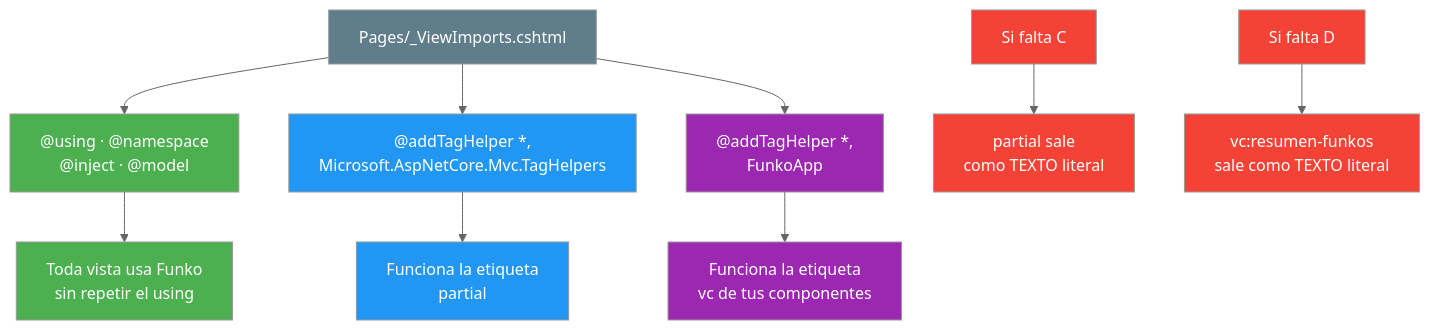
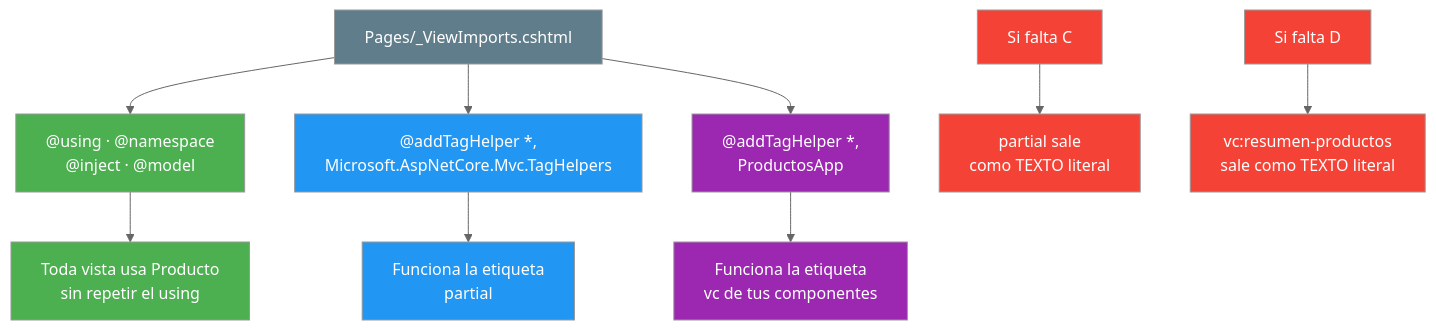
Before and after one commit to joseluisgs/DesarrolloWebEntornosServidor-03-2026-2027: the fifth of 5 diagrams in 05-layouts-partials-componentes.md, drawn with Mermaid (neutral theme). The commit also changed other lines of this file, not shown here.

Commit message:
fix: revisar 05 segun el esquema de UD02: Resumen sin diagrama, estilo de redaccion y Productos fuera del Reto

````diff
--- a/05-layouts-partials-componentes.md
+++ b/05-layouts-partials-componentes.md
@@ -527,25 +529,25 @@
 ```mermaid
 graph TD
     A["Pages/_ViewImports.cshtml"] --> B["@using · @namespace<br/>@inject · @model"]
     A --> C["@addTagHelper *,<br/>Microsoft.AspNetCore.Mvc.TagHelpers"]
-    A --> D["@addTagHelper *,<br/>FunkoApp"]
+    A --> D["@addTagHelper *,<br/>ProductosApp"]
 
-    B --> B1["Toda vista usa Funko<br/>sin repetir el using"]
+    B --> B1["Toda vista usa Producto<br/>sin repetir el using"]
     C --> C1["Funciona la etiqueta<br/>partial"]
     D --> D1["Funciona la etiqueta<br/>vc de tus componentes"]
 
     E["Si falta C"] --> E1["partial sale<br/>como TEXTO literal"]
-    F["Si falta D"] --> F1["vc:resumen-funkos<br/>sale como TEXTO literal"]
+    F["Si falta D"] --> F1["vc:resumen-productos<br/>sale como TEXTO literal"]
 
     style A fill:#607D8B,color:#fff
     style B fill:#4CAF50,color:#fff
     style C fill:#2196F3,color:#fff
     style D fill:#9C27B0,color:#fff
     style B1 fill:#4CAF50,color:#fff
     style C1 fill:#2196F3,color:#fff
     style D1 fill:#9C27B0,color:#fff
     style E fill:#f44336,color:#fff
     style E1 fill:#f44336,color:#fff
     style F fill:#f44336,color:#fff
     style F1 fill:#f44336,color:#fff
 ```
````
